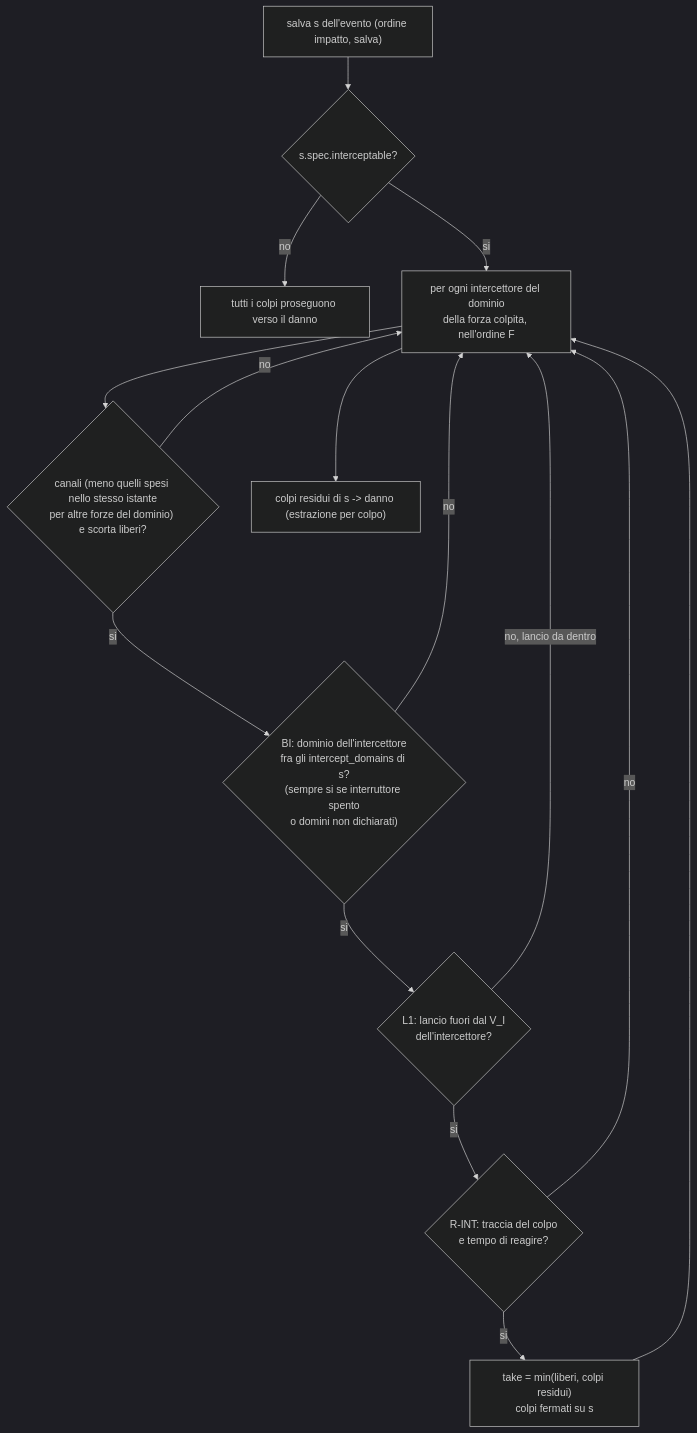
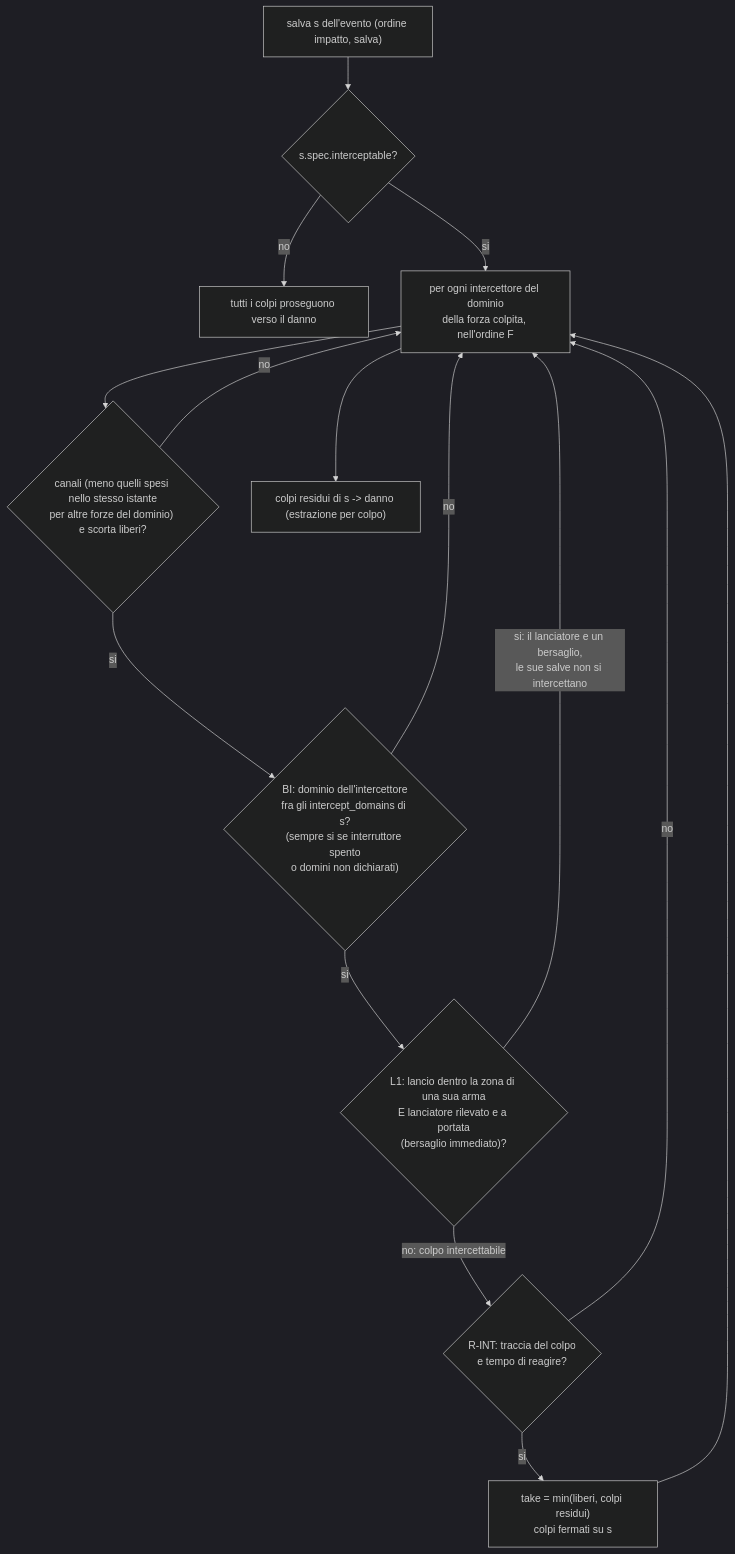
Diagram 12 of 27 in Analysis/Document/Manuale_Motore_DES/05_Strato2_Risolutore_Ingaggio.md (MakusIV/Warfare-Model), drawn with Mermaid (dark theme) before and after one commit. The commit also changed other lines of this file and 11 other files, not shown here.

````diff
--- a/Analysis/Document/Manuale_Motore_DES/05_Strato2_Risolutore_Ingaggio.md
+++ b/Analysis/Document/Manuale_Motore_DES/05_Strato2_Risolutore_Ingaggio.md
@@ -1955,17 +2076,17 @@
 ```mermaid
 flowchart TD
     S["salva s dell'evento (ordine impatto, salva)"] --> I{"s.spec.interceptable?"}
     I -->|no| W["tutti i colpi proseguono verso il danno"]
     I -->|si| L["per ogni intercettore del dominio<br/>della forza colpita, nell'ordine F"]
     L --> F{"canali (meno quelli spesi nello stesso istante<br/>per altre forze del dominio) e scorta liberi?"}
     F -->|no| L
     F -->|si| B{"BI: dominio dell'intercettore<br/>fra gli intercept_domains di s?<br/>(sempre si se interruttore spento<br/>o domini non dichiarati)"}
     B -->|no| L
-    B -->|si| G{"L1: lancio fuori dal V_I<br/>dell'intercettore?"}
-    G -->|no, lancio da dentro| L
-    G -->|si| T{"R-INT: traccia del colpo<br/>e tempo di reagire?"}
+    B -->|si| G{"L1: lancio dentro la zona di una sua arma<br/>E lanciatore rilevato e a portata<br/>(bersaglio immediato)?"}
+    G -->|"si: il lanciatore e un bersaglio,<br/>le sue salve non si intercettano"| L
+    G -->|"no: colpo intercettabile"| T{"R-INT: traccia del colpo<br/>e tempo di reagire?"}
     T -->|no| L
     T -->|si| K["take = min(liberi, colpi residui)<br/>colpi fermati su s"]
     K --> L
     L --> R["colpi residui di s -> danno (estrazione per colpo)"]
 ```
````
